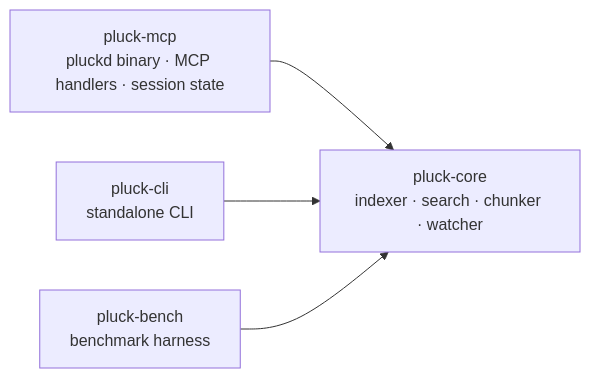
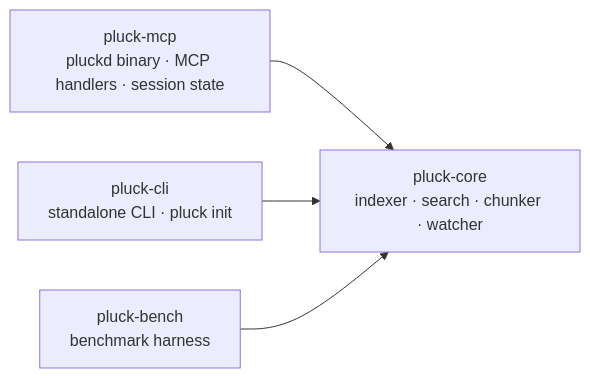
One commit to hunhee98/pluck changed the fourth of 4 diagrams in README.md. Above: the diagram before and after it, drawn with Mermaid. The commit also changed other lines of this file and 1 other file, not shown here.

````diff
--- a/README.md
+++ b/README.md
@@ -174,10 +194,10 @@
 ```mermaid
 graph LR
   core[pluck-core\nindexer · search · chunker · watcher]
   mcp[pluck-mcp\npluckd binary · MCP handlers · session state]
-  cli[pluck-cli\nstandalone CLI]
+  cli[pluck-cli\nstandalone CLI · pluck init]
   bench[pluck-bench\nbenchmark harness]
   mcp --> core
   cli --> core
   bench --> core
 ```
````
